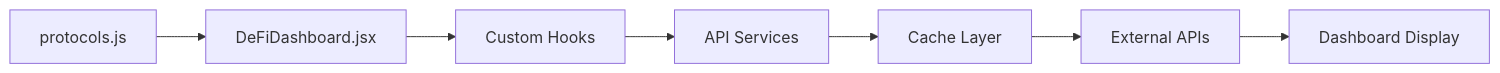
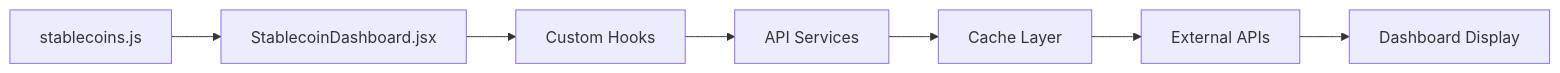
One commit to naouflex/inverse-stablecoin-exposure changed the diagram in README.md. Above: the diagram before and after it, drawn with Mermaid. The commit also changed other lines of this file, not shown here.

````diff
--- a/README.md
+++ b/README.md
@@ -324,9 +384,9 @@
 ```mermaid
 graph LR
-    A[protocols.js] --> B[DeFiDashboard.jsx]
+    A[stablecoins.js] --> B[StablecoinDashboard.jsx]
     B --> C[Custom Hooks]
     C --> D[API Services]
     D --> E[Cache Layer]
     E --> F[External APIs]
     F --> G[Dashboard Display]
 ```
````
